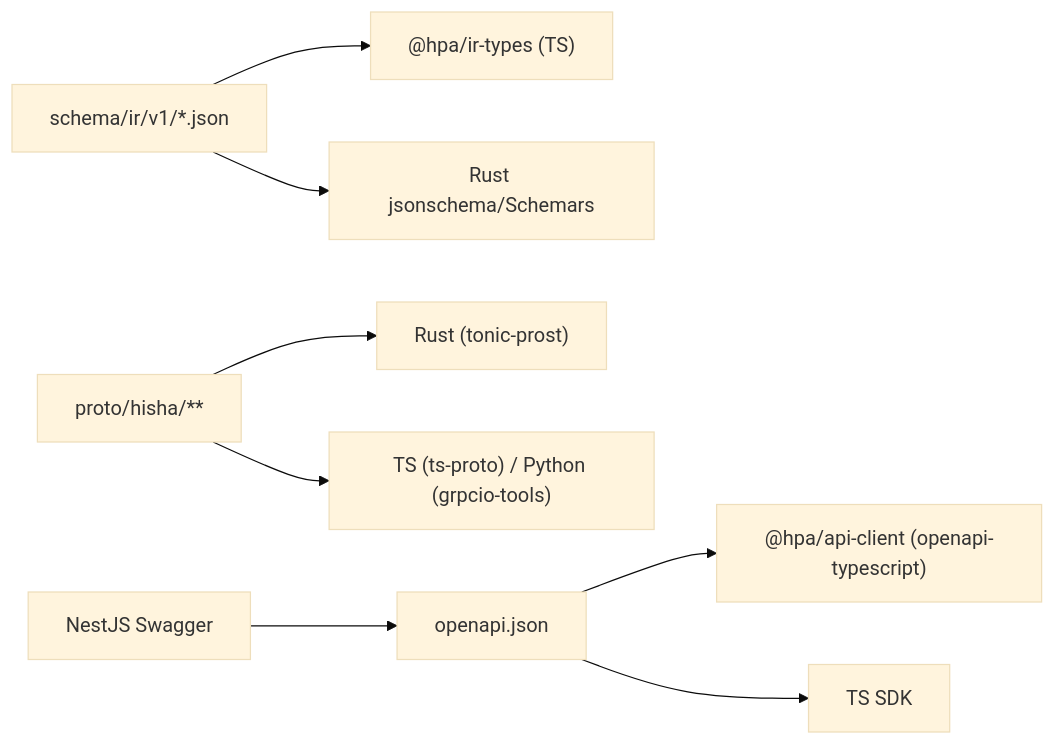
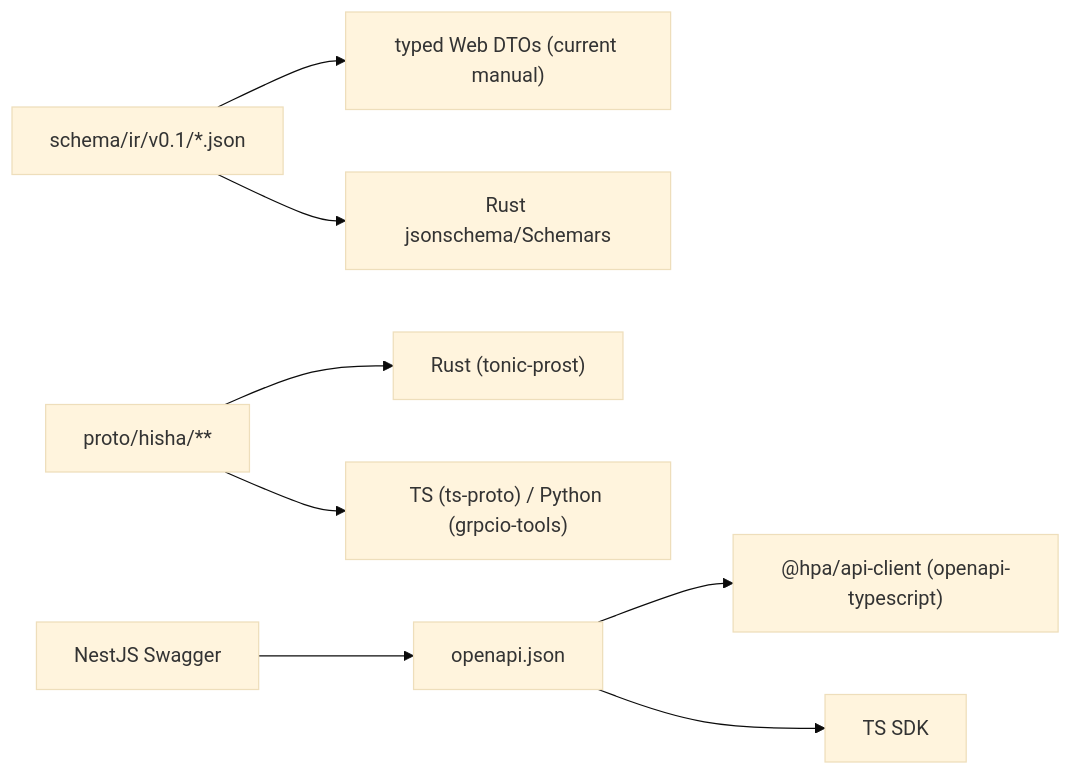
One commit to sainm/hpe changed the diagram in docs/13-tech-stack/typescript-stack.md. Above: the diagram before and after it, drawn with Mermaid (base theme). The commit also changed 230 other files, not shown here.

````diff
--- a/docs/13-tech-stack/typescript-stack.md
+++ b/docs/13-tech-stack/typescript-stack.md
@@ -57,10 +57,10 @@
 ```mermaid
 flowchart LR
-  IR["schema/ir/v1/*.json"] --> IRT["@hpa/ir-types (TS)"]
+  IR["schema/ir/v0.1/*.json"] --> IRT["typed Web DTOs (current manual)"]
   IR --> RUST["Rust jsonschema/Schemars"]
   PROTO["proto/hisha/**"] --> RUSTG["Rust (tonic-prost)"]
   PROTO --> TSG["TS (ts-proto) / Python (grpcio-tools)"]
   NEST["NestJS Swagger"] --> OAS["openapi.json"]
   OAS --> API["@hpa/api-client (openapi-typescript)"]
   OAS --> SDK["TS SDK"]
 ```
````
